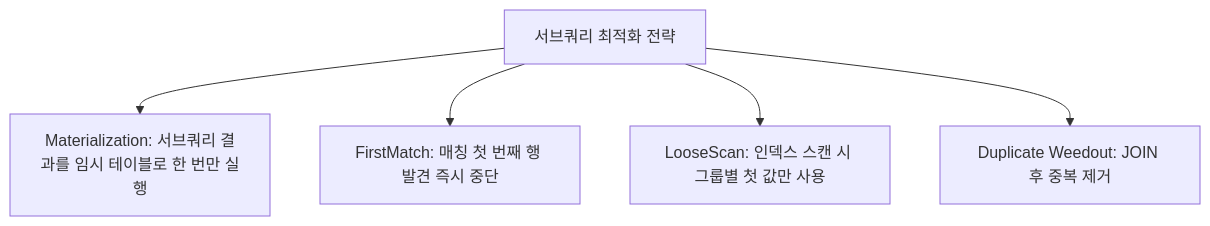
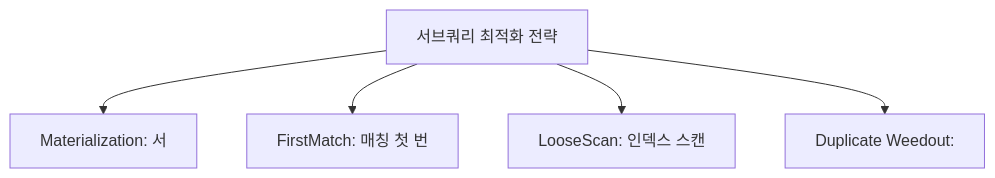
One commit to yjkim2015/yjkim2015.github.io changed the third of 3 diagrams in _posts/db/2026-05-01-db-optimizer.md. Above: the diagram before and after it, drawn with Mermaid. The commit also changed other lines of this file and 271 other files, not shown here.

First line of the commit message:
Mermaid 라벨 축소: 긴 노드 텍스트 18자 이하로 트림 + \n 제거

````diff
--- a/_posts/db/2026-05-01-db-optimizer.md
+++ b/_posts/db/2026-05-01-db-optimizer.md
@@ -293,7 +293,7 @@
 ```mermaid
 graph TD
-    SQ["서브쿼리 최적화 전략"] --> M["Materialization: 서브쿼리 결과를 임시 테이블로 한 번만 실행"]
-    SQ --> FM["FirstMatch: 매칭 첫 번째 행 발견 즉시 중단"]
-    SQ --> LS["LooseScan: 인덱스 스캔 시 그룹별 첫 값만 사용"]
-    SQ --> DW["Duplicate Weedout: JOIN 후 중복 제거"]
+    SQ["서브쿼리 최적화 전략"] --> M["Materialization: 서"]
+    SQ --> FM["FirstMatch: 매칭 첫 번"]
+    SQ --> LS["LooseScan: 인덱스 스캔"]
+    SQ --> DW["Duplicate Weedout:"]
 ```
````
